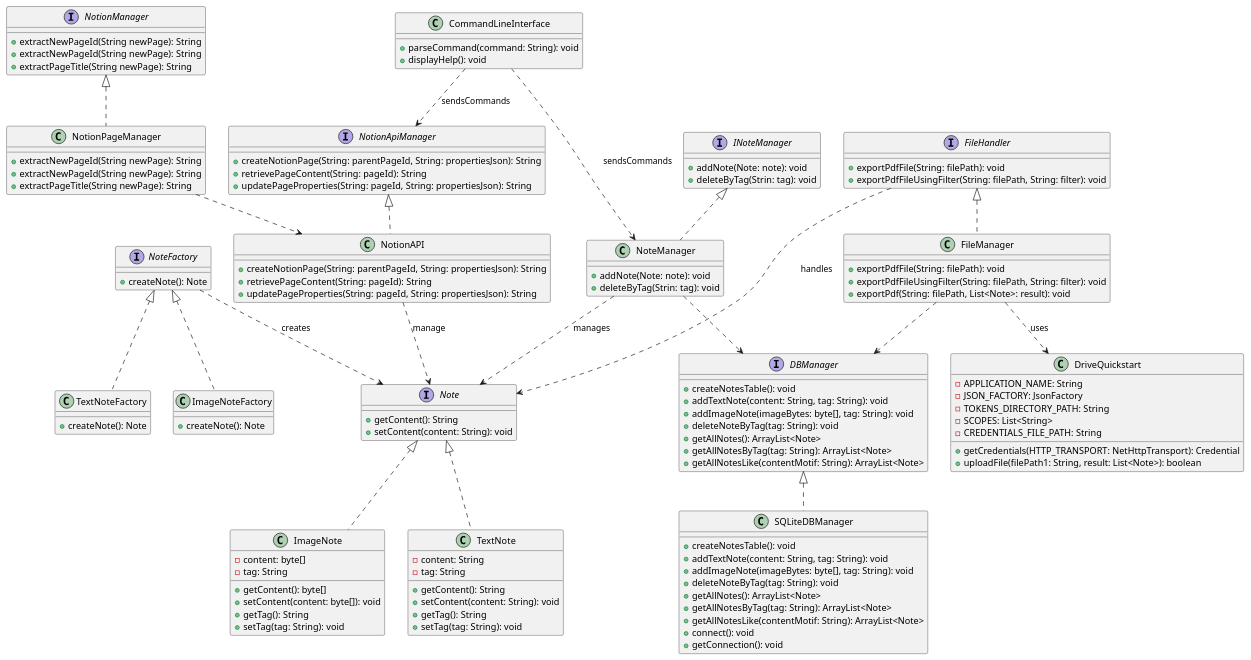
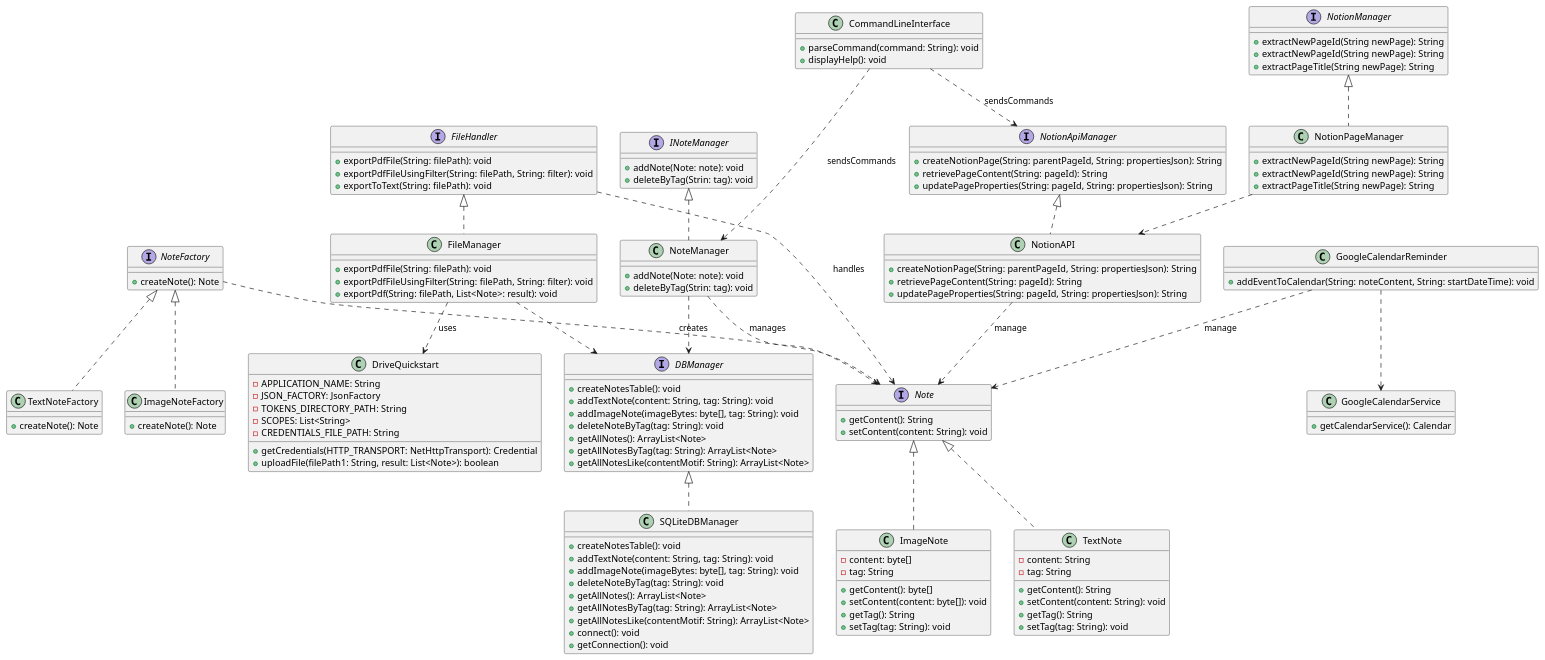
Before and after one commit to nejmas/SuperNotes_Nejma: the diagram in app/src/docs/asciidoc/models/model.puml, drawn with PlantUML.

```diff
--- a/app/src/docs/asciidoc/models/model.puml
+++ b/app/src/docs/asciidoc/models/model.puml
@@ -1,138 +1,149 @@
 @startuml
 interface Note {
     +getContent(): String
     +setContent(content: String): void
 }
 
 class TextNote {
     -content: String
     -tag: String
     +getContent(): String
     +setContent(content: String): void
     +getTag(): String
     +setTag(tag: String): void
 }
 
 class ImageNote {
     -content: byte[]
     -tag: String
     +getContent(): byte[]
     +setContent(content: byte[]): void
     +getTag(): String
     +setTag(tag: String): void
 }
 
 interface NoteFactory {
     +createNote(): Note
 }
 
 class TextNoteFactory {
     +createNote(): Note
 }
 
 class ImageNoteFactory {
     +createNote(): Note
 }
 
 interface INoteManager {
     +addNote(Note: note): void
     +deleteByTag(Strin: tag): void
 }
 
 class NoteManager implements INoteManager {
     +addNote(Note: note): void
     +deleteByTag(Strin: tag): void
 }
 
 interface FileHandler {
     +exportPdfFile(String: filePath): void 
     +exportPdfFileUsingFilter(String: filePath, String: filter): void
+    +exportToText(String: filePath): void
 }
 
 class FileManager implements FileHandler {
     +exportPdfFile(String: filePath): void 
     +exportPdfFileUsingFilter(String: filePath, String: filter): void
     +exportPdf(String: filePath, List<Note>: result): void
 }
 
 class DriveQuickstart {
   -APPLICATION_NAME: String
   -JSON_FACTORY: JsonFactory
   -TOKENS_DIRECTORY_PATH: String
   -SCOPES: List<String>
   -CREDENTIALS_FILE_PATH: String
   +getCredentials(HTTP_TRANSPORT: NetHttpTransport): Credential
   +uploadFile(filePath1: String, result: List<Note>): boolean
 }
 
 class CommandLineInterface {
     +parseCommand(command: String): void
     +displayHelp(): void
 }
 
 interface DBManager {
     +createNotesTable(): void
     +addTextNote(content: String, tag: String): void
     +addImageNote(imageBytes: byte[], tag: String): void
     +deleteNoteByTag(tag: String): void
     +getAllNotes(): ArrayList<Note> 
     +getAllNotesByTag(tag: String): ArrayList<Note> 
     +getAllNotesLike(contentMotif: String): ArrayList<Note> 
 }
 
 class SQLiteDBManager implements DBManager {
     +createNotesTable(): void
     +addTextNote(content: String, tag: String): void
     +addImageNote(imageBytes: byte[], tag: String): void
     +deleteNoteByTag(tag: String): void
     +getAllNotes(): ArrayList<Note>
     +getAllNotesByTag(tag: String): ArrayList<Note>
     +getAllNotesLike(contentMotif: String): ArrayList<Note>
     +connect(): void
     +getConnection(): void
 }
 
 interface NotionApiManager{
     +createNotionPage(String: parentPageId, String: propertiesJson): String
     +retrievePageContent(String: pageId): String
     +updatePageProperties(String: pageId, String: propertiesJson): String
     }
 
 class NotionAPI implements NotionApiManager{
     +createNotionPage(String: parentPageId, String: propertiesJson): String
     +retrievePageContent(String: pageId): String
     +updatePageProperties(String: pageId, String: propertiesJson): String
     }
 
 interface NotionManager{
     +extractNewPageId(String newPage): String
     +extractNewPageId(String newPage): String
     +extractPageTitle(String newPage): String
 }
 
 class NotionPageManager implements NotionManager{
     +extractNewPageId(String newPage): String
     +extractNewPageId(String newPage): String
     +extractPageTitle(String newPage): String
     }  
 
+class GoogleCalendarReminder{
+    +addEventToCalendar(String: noteContent, String: startDateTime): void
+    }  
+
+class GoogleCalendarService{
+    +getCalendarService(): Calendar
+    }  
+
 Note <|.. TextNote
 Note <|.. ImageNote
 
 NoteFactory <|.. TextNoteFactory
 NoteFactory <|.. ImageNoteFactory
 FileManager ..> DBManager
 NoteManager ..> DBManager
 
 NoteFactory ..> Note : creates
 NoteManager ..> Note : manages
 FileHandler ..> Note : handles
 NotionAPI ..> Note : manage
+GoogleCalendarReminder ..> Note : manage
 NotionPageManager ..> NotionAPI
 
 CommandLineInterface ..> NoteManager : sendsCommands
 CommandLineInterface ..> NotionApiManager : sendsCommands
 
 FileManager ..> DriveQuickstart: uses
 
+GoogleCalendarReminder ..> GoogleCalendarService
 @enduml
```
